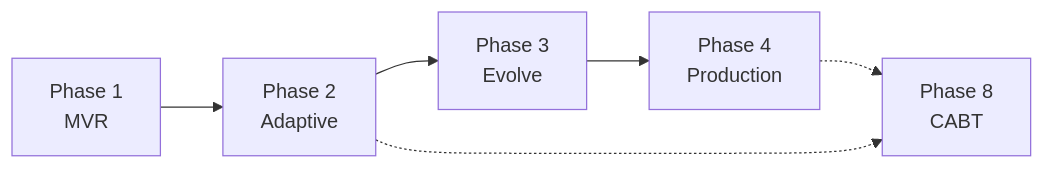
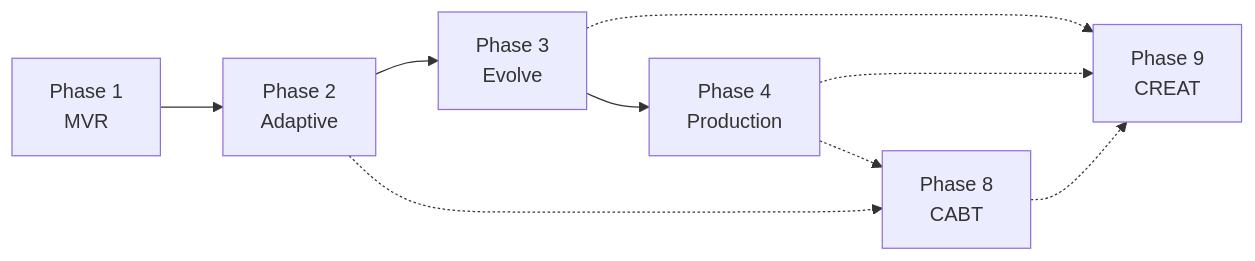
The diagram in .planning/ROADMAP.md (furuse-kazufumi/llive), drawn with Mermaid before and after one commit. The commit also changed other lines of this file, not shown here.

````diff
--- a/.planning/ROADMAP.md
+++ b/.planning/ROADMAP.md
@@ -160,8 +191,11 @@
 ```mermaid
 flowchart LR
     P1[Phase 1<br/>MVR] --> P2[Phase 2<br/>Adaptive]
     P2 --> P3[Phase 3<br/>Evolve]
     P3 --> P4[Phase 4<br/>Production]
     P4 -.-> P8[Phase 8<br/>CABT]
     P2 -.-> P8
+    P3 -.-> P9[Phase 9<br/>CREAT]
+    P4 -.-> P9
+    P8 -.-> P9
 ```
````
